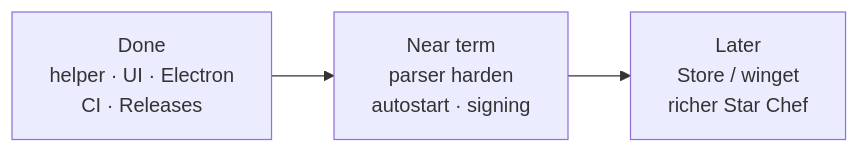
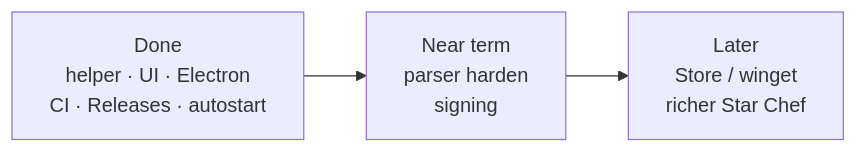
The second of 5 diagrams in docs/PROJECT_PLAN.md (ejw427/ChopWatch), drawn with Mermaid before and after one commit. The commit also changed other lines of this file and 31 other files, not shown here.

````diff
--- a/docs/PROJECT_PLAN.md
+++ b/docs/PROJECT_PLAN.md
@@ -38,5 +38,5 @@
 ```mermaid
 flowchart LR
-  Done[Done<br/>helper · UI · Electron<br/>CI · Releases] --> Near[Near term<br/>parser harden<br/>autostart · signing]
+  Done[Done<br/>helper · UI · Electron<br/>CI · Releases · autostart] --> Near[Near term<br/>parser harden<br/>signing]
   Near --> Later[Later<br/>Store / winget<br/>richer Star Chef]
 ```
````
